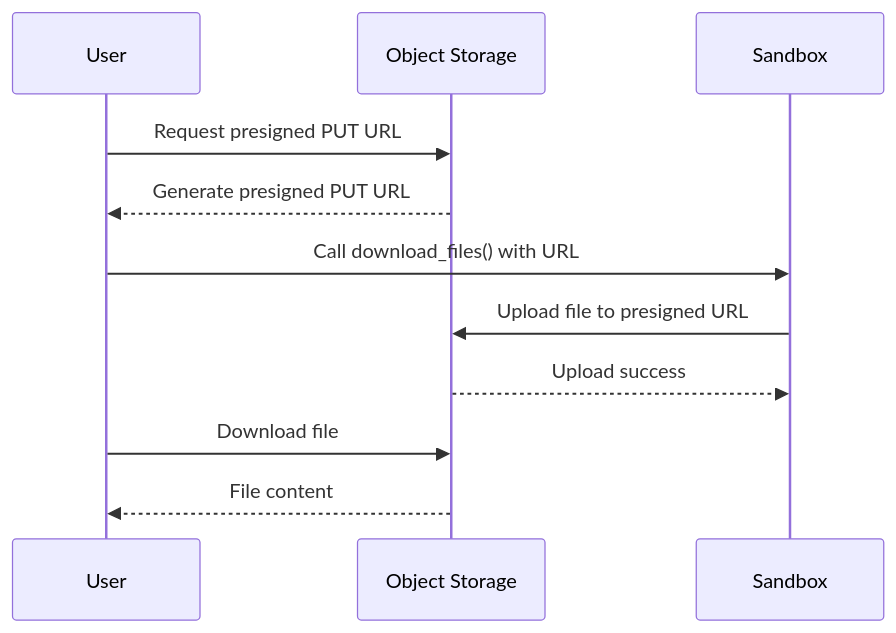
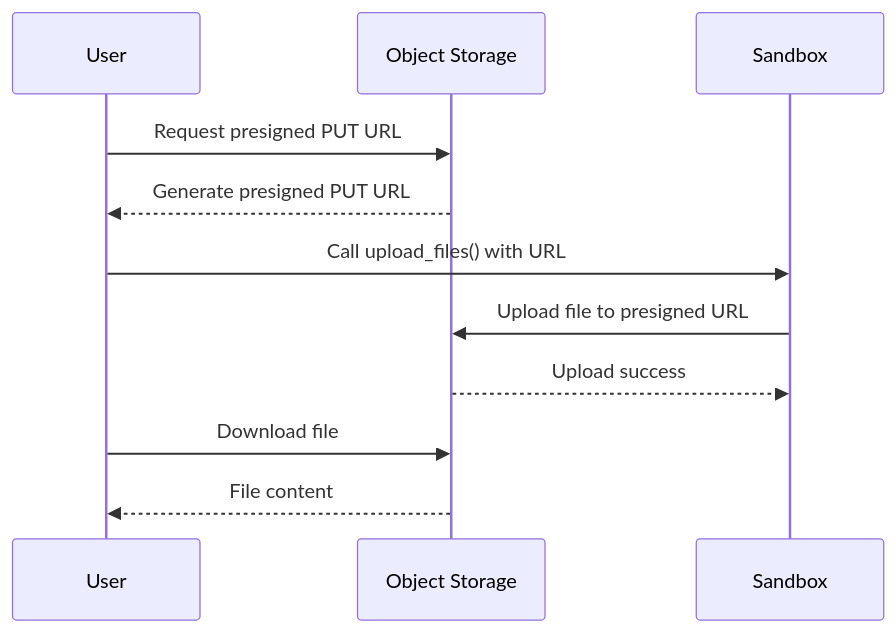
The second of 2 diagrams in docs/example.md (lybic/lybic-sdk-python), drawn with Mermaid before and after one commit. The commit also changed other lines of this file and 1 other file, not shown here.

First line of the commit message:
feat: update documentation and method names for sandbox file transfer processes

````diff
--- a/docs/example.md
+++ b/docs/example.md
@@ -623,14 +594,14 @@
    ```mermaid
    sequenceDiagram
        participant User
        participant MinIO as Object Storage
        participant Sandbox
 
        User->>MinIO: Request presigned PUT URL
        MinIO-->>User: Generate presigned PUT URL
-       User->>Sandbox: Call download_files() with URL
+       User->>Sandbox: Call upload_files() with URL
        Sandbox->>MinIO: Upload file to presigned URL
        MinIO-->>Sandbox: Upload success
        User->>MinIO: Download file
        MinIO-->>User: File content
    ```
````
